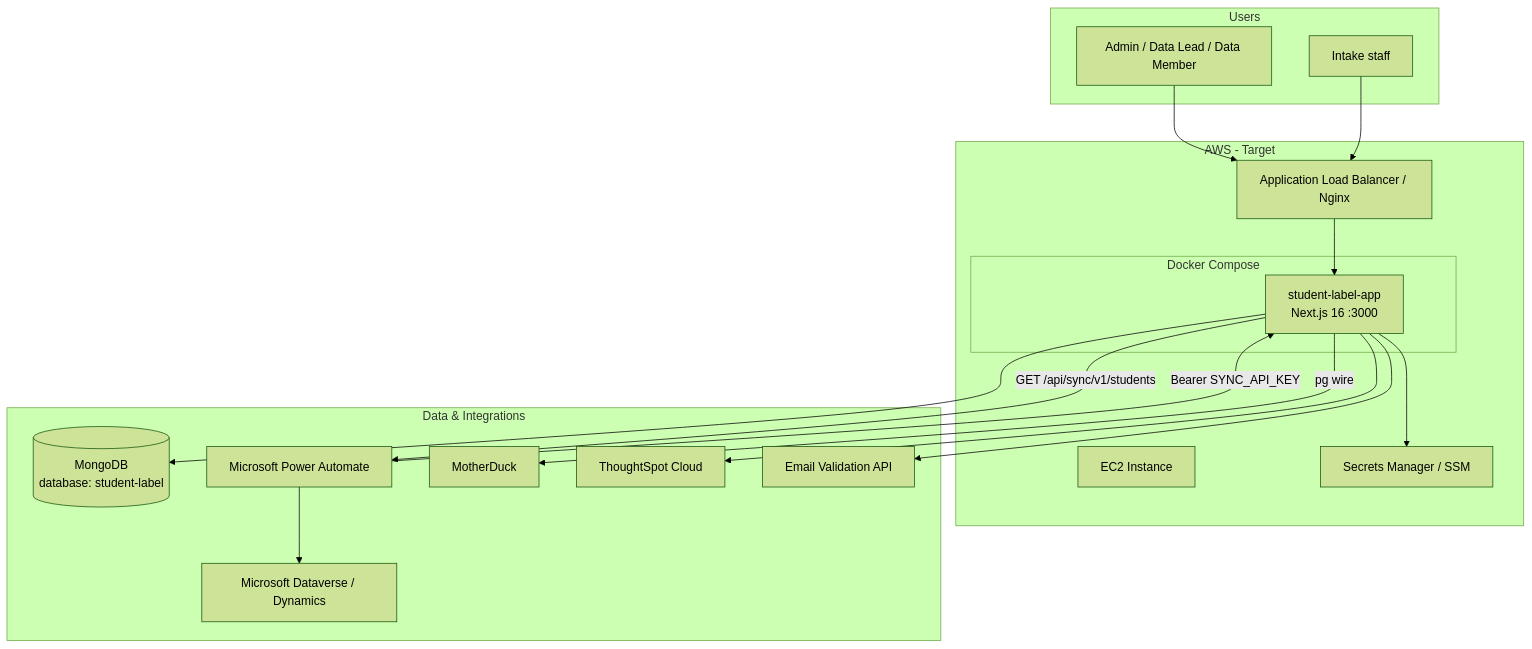
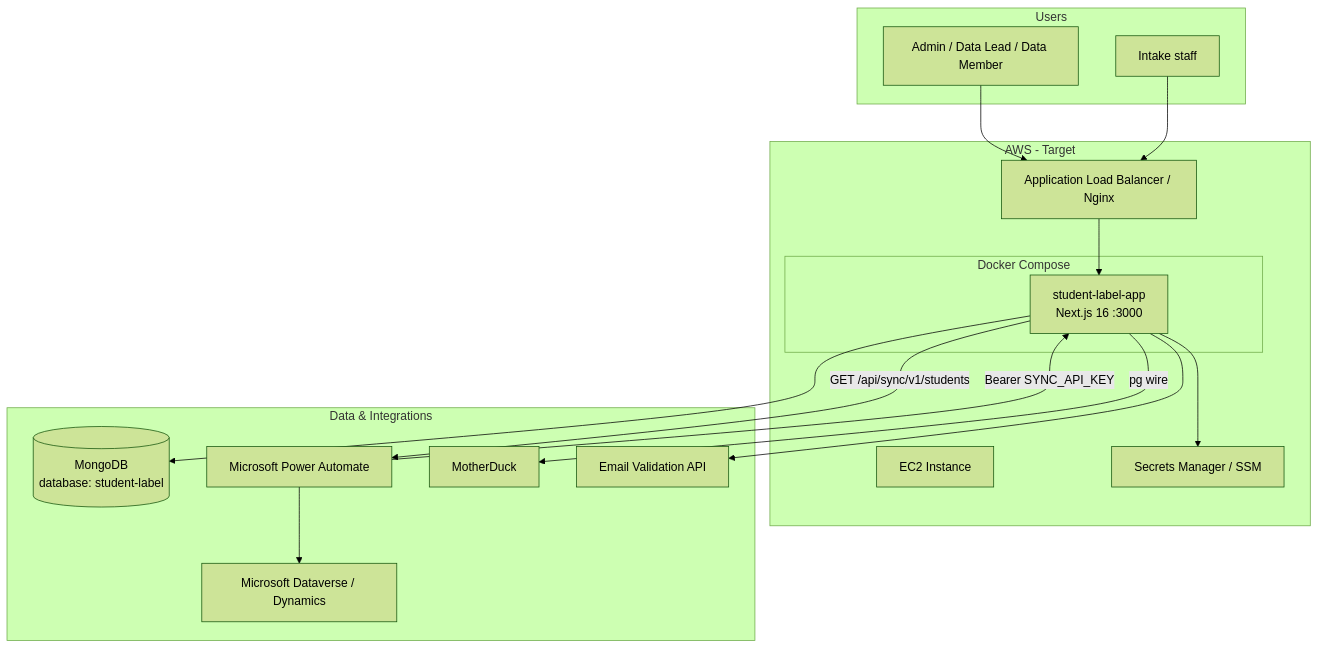
One commit to jjaramillodoe/student-label-system changed the diagram in docs/aws-deployment-architecture.md. Above: the diagram before and after it, drawn with Mermaid (forest theme). The commit also changed other lines of this file and 19 other files, not shown here.

First line of the commit message:
Remove unused ThoughtSpot analytics integration.

````diff
--- a/docs/aws-deployment-architecture.md
+++ b/docs/aws-deployment-architecture.md
@@ -33,37 +33,35 @@
 ```mermaid
 flowchart TB
   subgraph users [Users]
     Admin[Admin / Data Lead / Data Member]
     Intake[Intake staff]
   end
 
   subgraph aws [AWS - Target]
     ALB[Application Load Balancer / Nginx]
     EC2[EC2 Instance]
     subgraph docker [Docker Compose]
       App[student-label-app<br/>Next.js 16 :3000]
     end
     Secrets[Secrets Manager / SSM]
   end
 
   subgraph data [Data & Integrations]
     Mongo[(MongoDB<br/>database: student-label)]
     PA[Microsoft Power Automate]
     DV[Microsoft Dataverse / Dynamics]
     MD[MotherDuck]
-    TS[ThoughtSpot Cloud]
     EmailVal[Email Validation API]
   end
 
   Admin --> ALB
   Intake --> ALB
   ALB --> App
   App --> Mongo
   App --> Secrets
   PA -->|Bearer SYNC_API_KEY| App
   App -->|GET /api/sync/v1/students| PA
   PA --> DV
   App -->|pg wire| MD
-  App --> TS
   App --> EmailVal
 ```
````
